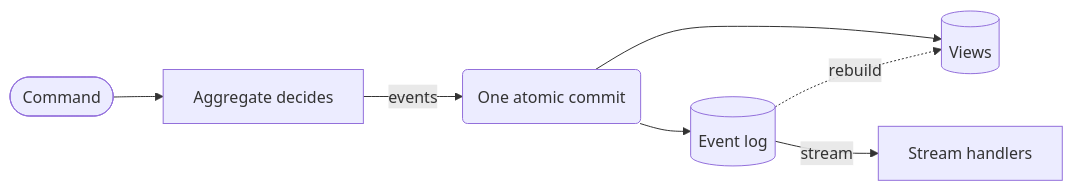
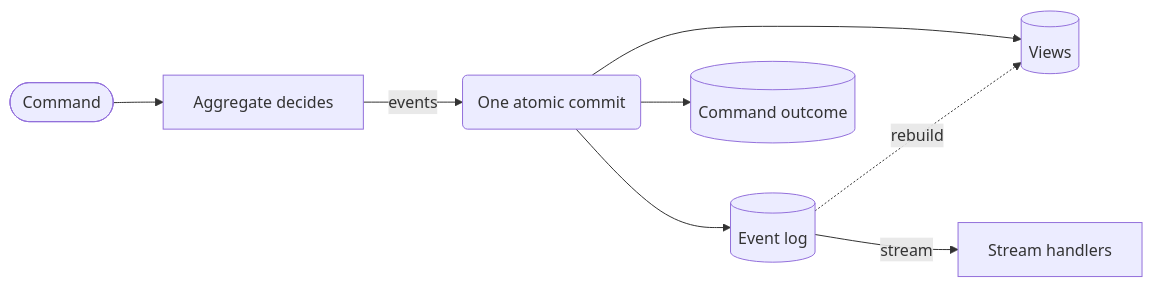
The diagram in README.md (photon-grove/evt), drawn with Mermaid before and after one commit. The commit also changed other lines of this file and 17 other files, not shown here.

````diff
--- a/README.md
+++ b/README.md
@@ -63,9 +72,10 @@
 ```mermaid
 flowchart LR
     cmd([Command]) --> agg[Aggregate decides]
     agg -- events --> commit(One atomic commit)
     commit --> log[(Event log)]
+    commit --> outcome[(Command outcome)]
     commit --> views[(Views)]
     log -. rebuild .-> views
     log -- stream --> handlers[Stream handlers]
 ```
````
